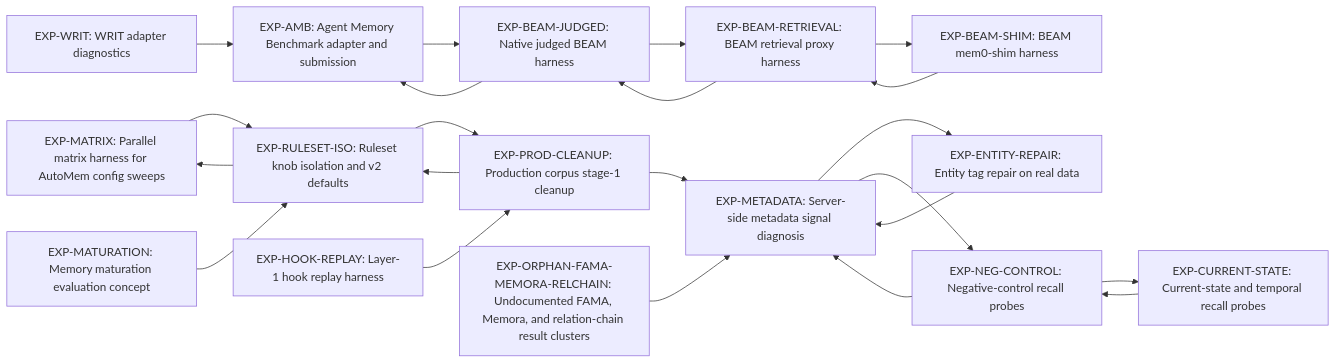
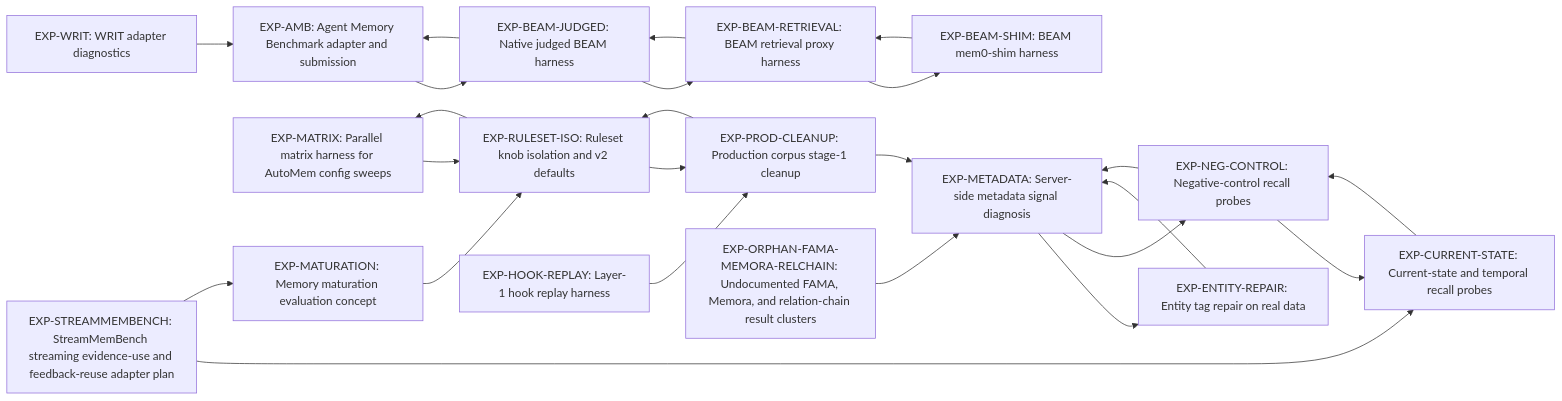
Before and after one commit to verygoodplugins/automem-evals: the diagram in docs/experiments/STATUS.md, drawn with Mermaid. The commit also changed other lines of this file and 4 other files, not shown here.

Commit message:
docs(eval): refresh StreamMemBench experiment dashboards

````diff
--- a/docs/experiments/STATUS.md
+++ b/docs/experiments/STATUS.md
@@ -28,39 +29,42 @@
 ```mermaid
 flowchart LR
   EXP_AMB["EXP-AMB: Agent Memory Benchmark adapter and submission"]
   EXP_MATRIX["EXP-MATRIX: Parallel matrix harness for AutoMem config sweeps"]
   EXP_BEAM_JUDGED["EXP-BEAM-JUDGED: Native judged BEAM harness"]
   EXP_BEAM_RETRIEVAL["EXP-BEAM-RETRIEVAL: BEAM retrieval proxy harness"]
   EXP_BEAM_SHIM["EXP-BEAM-SHIM: BEAM mem0-shim harness"]
   EXP_RULESET_ISO["EXP-RULESET-ISO: Ruleset knob isolation and v2 defaults"]
   EXP_PROD_CLEANUP["EXP-PROD-CLEANUP: Production corpus stage-1 cleanup"]
   EXP_HOOK_REPLAY["EXP-HOOK-REPLAY: Layer-1 hook replay harness"]
   EXP_CURRENT_STATE["EXP-CURRENT-STATE: Current-state and temporal recall probes"]
   EXP_ENTITY_REPAIR["EXP-ENTITY-REPAIR: Entity tag repair on real data"]
   EXP_METADATA["EXP-METADATA: Server-side metadata signal diagnosis"]
   EXP_NEG_CONTROL["EXP-NEG-CONTROL: Negative-control recall probes"]
   EXP_WRIT["EXP-WRIT: WRIT adapter diagnostics"]
   EXP_MATURATION["EXP-MATURATION: Memory maturation evaluation concept"]
   EXP_ORPHAN_FAMA_MEMORA_RELCHAIN["EXP-ORPHAN-FAMA-MEMORA-RELCHAIN: Undocumented FAMA, Memora, and relation-chain result clusters"]
+  EXP_STREAMMEMBENCH["EXP-STREAMMEMBENCH: StreamMemBench streaming evidence-use and feedback-reuse adapter plan"]
   EXP_AMB --> EXP_BEAM_JUDGED
   EXP_MATRIX --> EXP_RULESET_ISO
   EXP_BEAM_JUDGED --> EXP_BEAM_RETRIEVAL
   EXP_BEAM_JUDGED --> EXP_AMB
   EXP_BEAM_RETRIEVAL --> EXP_BEAM_SHIM
   EXP_BEAM_RETRIEVAL --> EXP_BEAM_JUDGED
   EXP_BEAM_SHIM --> EXP_BEAM_RETRIEVAL
   EXP_RULESET_ISO --> EXP_PROD_CLEANUP
   EXP_RULESET_ISO --> EXP_MATRIX
   EXP_PROD_CLEANUP --> EXP_RULESET_ISO
   EXP_PROD_CLEANUP --> EXP_METADATA
   EXP_HOOK_REPLAY --> EXP_PROD_CLEANUP
   EXP_CURRENT_STATE --> EXP_NEG_CONTROL
   EXP_ENTITY_REPAIR --> EXP_METADATA
   EXP_METADATA --> EXP_ENTITY_REPAIR
   EXP_METADATA --> EXP_NEG_CONTROL
   EXP_NEG_CONTROL --> EXP_METADATA
   EXP_NEG_CONTROL --> EXP_CURRENT_STATE
   EXP_WRIT --> EXP_AMB
   EXP_MATURATION --> EXP_RULESET_ISO
   EXP_ORPHAN_FAMA_MEMORA_RELCHAIN --> EXP_METADATA
+  EXP_STREAMMEMBENCH --> EXP_CURRENT_STATE
+  EXP_STREAMMEMBENCH --> EXP_MATURATION
 ```
````
